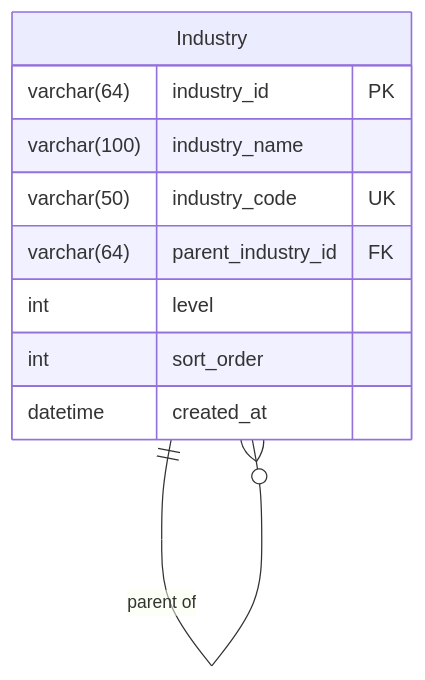
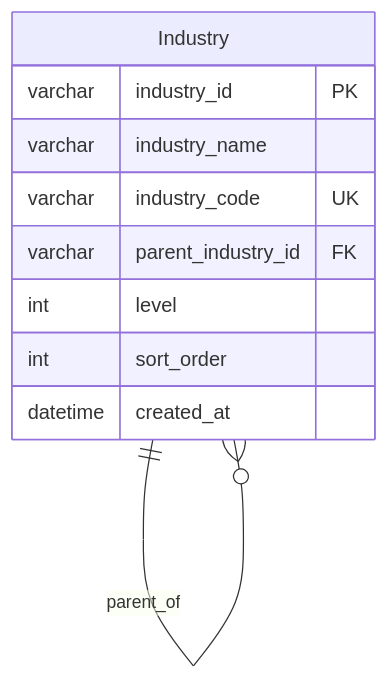
Before and after one commit to 312268112/advanced-java: diagram 15 of 25 in docs/b2b-cdp-entity-design.md, drawn with Mermaid. The commit also changed other lines of this file, not shown here.

````diff
--- a/docs/b2b-cdp-entity-design.md
+++ b/docs/b2b-cdp-entity-design.md
@@ -785,14 +755,14 @@
 ```mermaid
 erDiagram
-    Industry ||--o{ Industry : "parent of"
+    Industry ||--o{ Industry : parent_of
     
     Industry {
-        varchar(64) industry_id PK
-        varchar(100) industry_name
-        varchar(50) industry_code UK
-        varchar(64) parent_industry_id FK
+        varchar industry_id PK
+        varchar industry_name
+        varchar industry_code UK
+        varchar parent_industry_id FK
         int level
         int sort_order
         datetime created_at
     }
 ```
````
